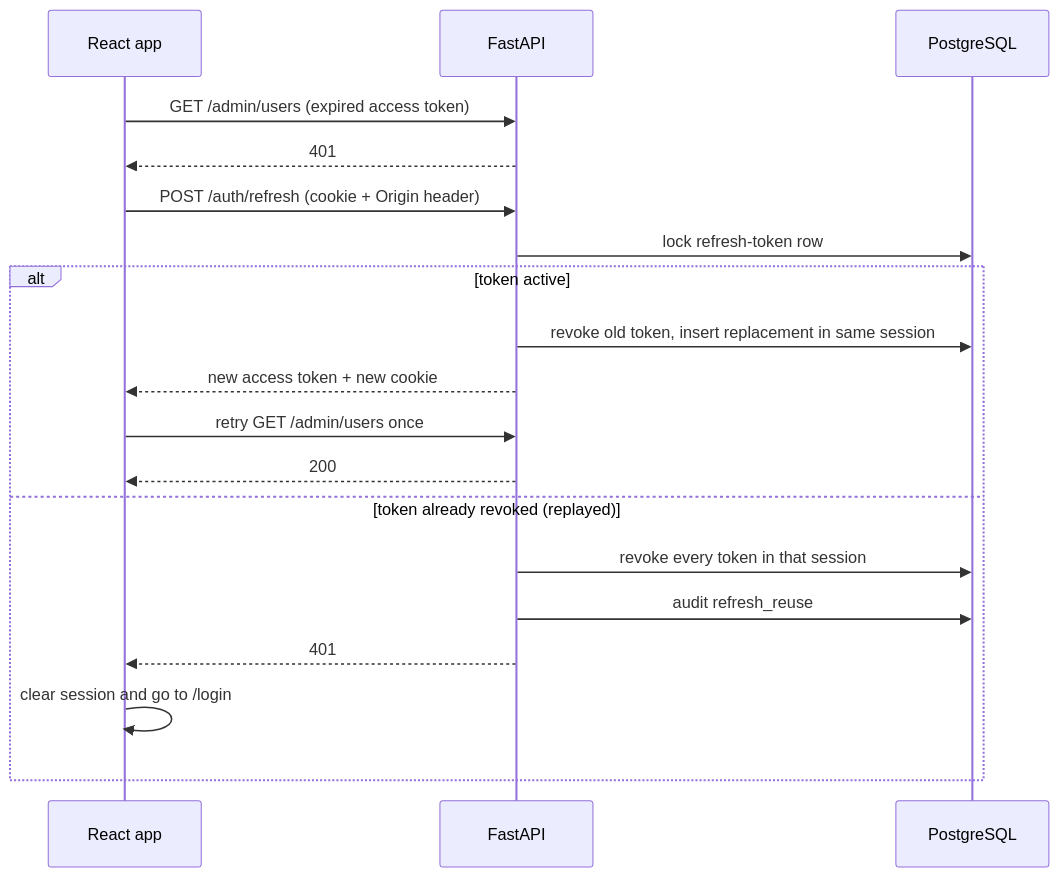
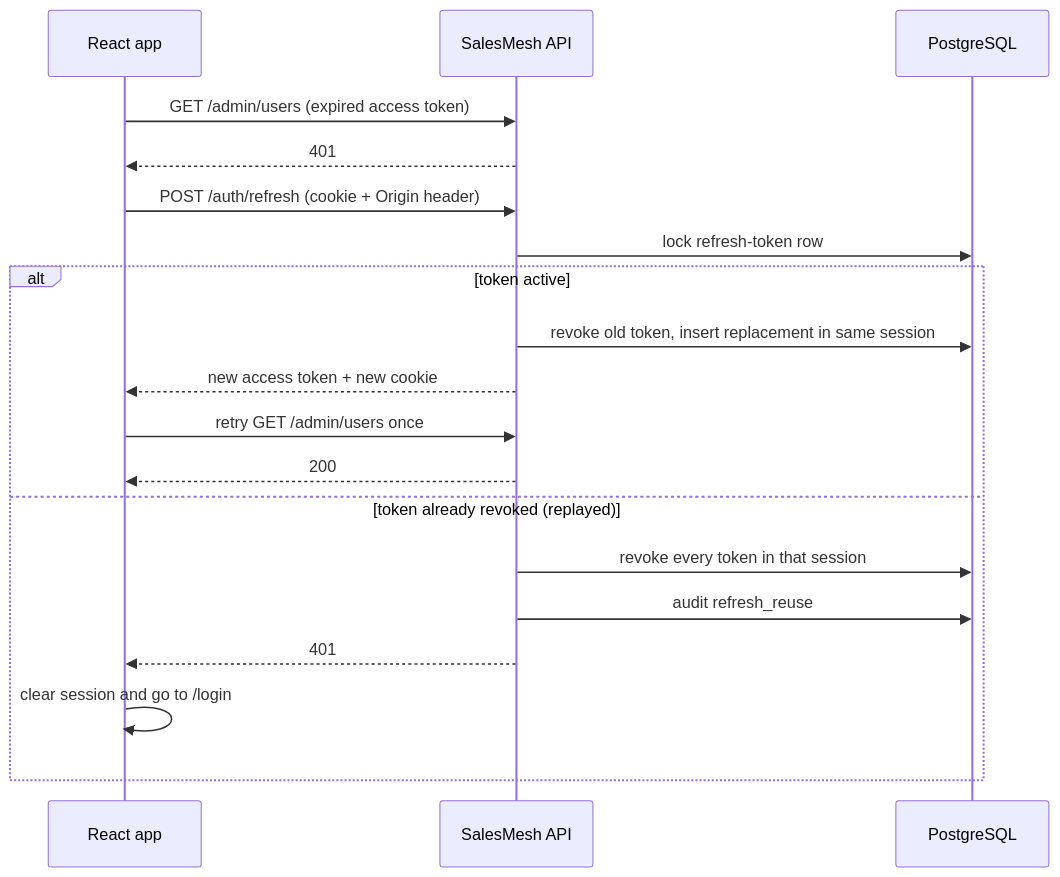
The fourth of 4 diagrams in docs/authentication.md (Myranyamwanda/Salesmesh), drawn with Mermaid before and after one commit. The commit also changed other lines of this file, not shown here.

````diff
--- a/docs/authentication.md
+++ b/docs/authentication.md
@@ -59,22 +200,22 @@
 ```mermaid
 sequenceDiagram
     participant SPA as React app
-    participant API as FastAPI
+    participant API as SalesMesh API
     participant DB as PostgreSQL
 
     SPA->>API: GET /admin/users (expired access token)
     API-->>SPA: 401
     SPA->>API: POST /auth/refresh (cookie + Origin header)
     API->>DB: lock refresh-token row
     alt token active
         API->>DB: revoke old token, insert replacement in same session
         API-->>SPA: new access token + new cookie
         SPA->>API: retry GET /admin/users once
         API-->>SPA: 200
     else token already revoked (replayed)
         API->>DB: revoke every token in that session
         API->>DB: audit refresh_reuse
         API-->>SPA: 401
         SPA->>SPA: clear session and go to /login
     end
 ```
````
